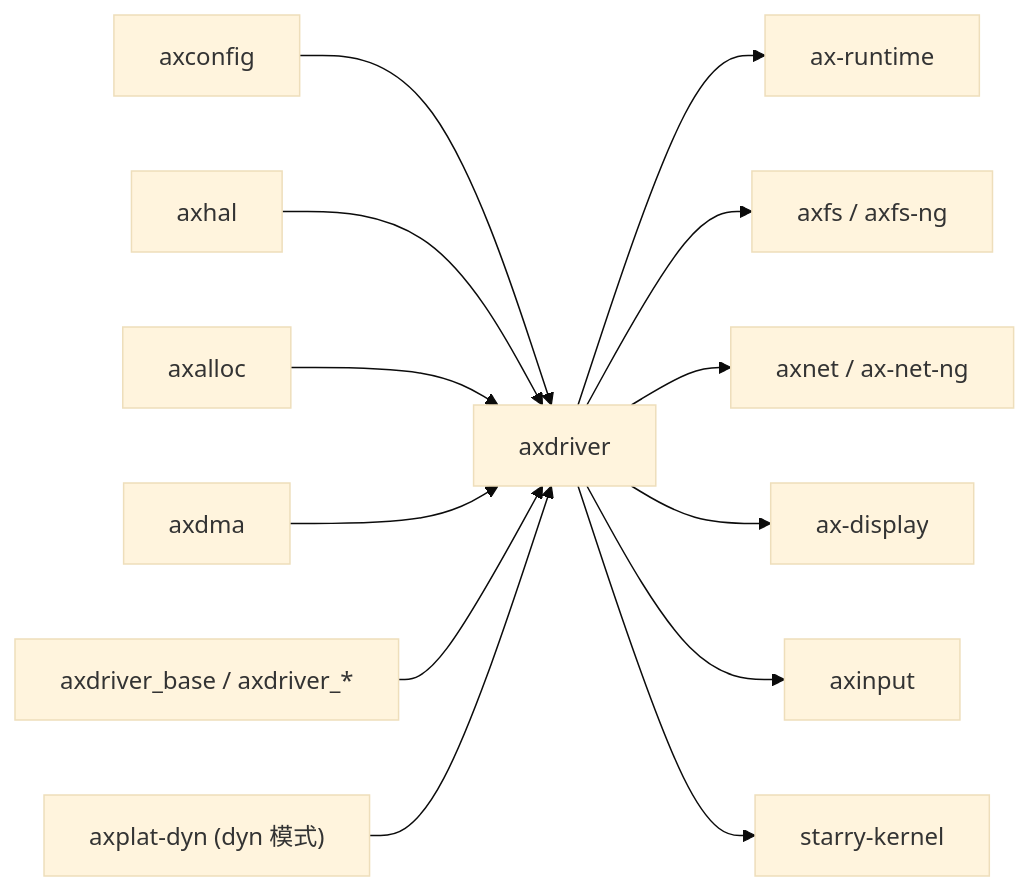
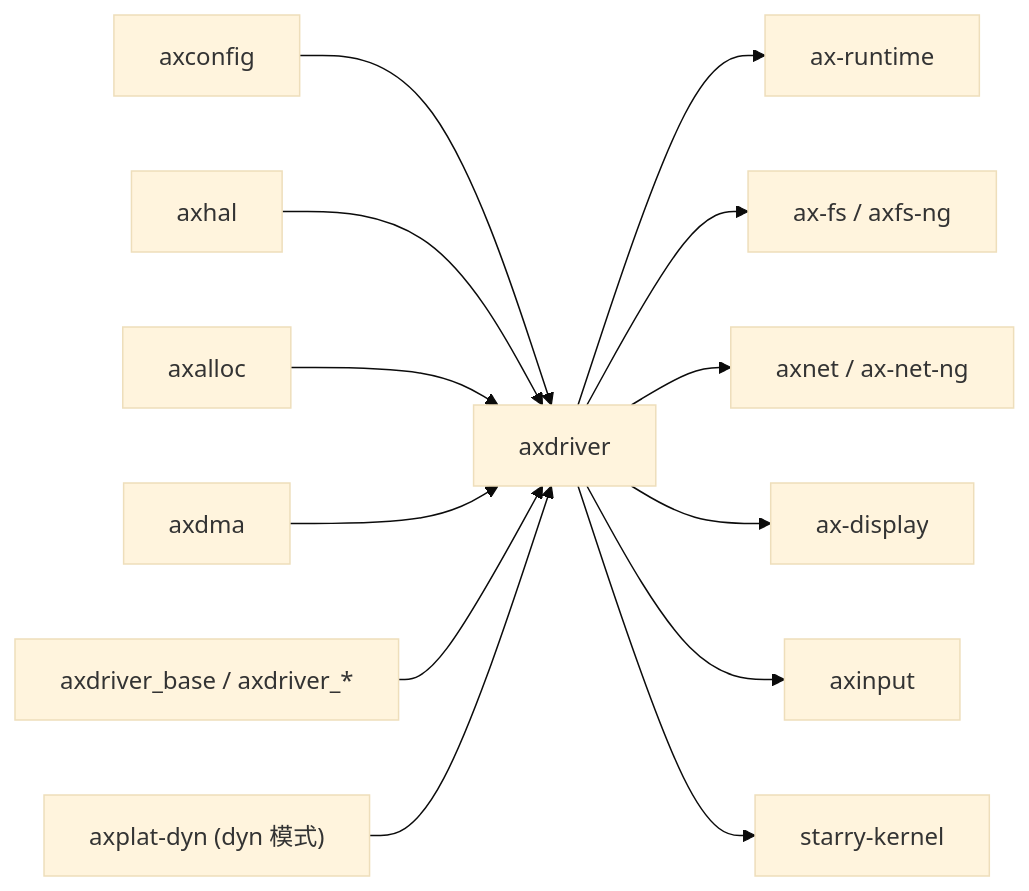
One commit to zKurisu/tgoskits changed the second of 2 diagrams in docs/crates/axdriver.md. Above: the diagram before and after it, drawn with Mermaid (base theme). The commit also changed other lines of this file and 67 other files, not shown here.

````diff
--- a/docs/crates/axdriver.md
+++ b/docs/crates/axdriver.md
@@ -124,16 +124,16 @@
 ```mermaid
 graph LR
     axconfig["axconfig"] --> axdriver["axdriver"]
     axhal["axhal"] --> axdriver
     axalloc["axalloc"] --> axdriver
     axdma["axdma"] --> axdriver
     axdriver_base["axdriver_base / axdriver_*"] --> axdriver
     axplat_dyn["axplat-dyn (dyn 模式)"] --> axdriver
 
     axdriver --> ax-runtime["ax-runtime"]
-    axdriver --> axfs["axfs / axfs-ng"]
+    axdriver --> ax-fs["ax-fs / axfs-ng"]
     axdriver --> axnet["axnet / ax-net-ng"]
     axdriver --> ax-display["ax-display"]
     axdriver --> axinput["axinput"]
     axdriver --> starry_kernel["starry-kernel"]
 ```
````
